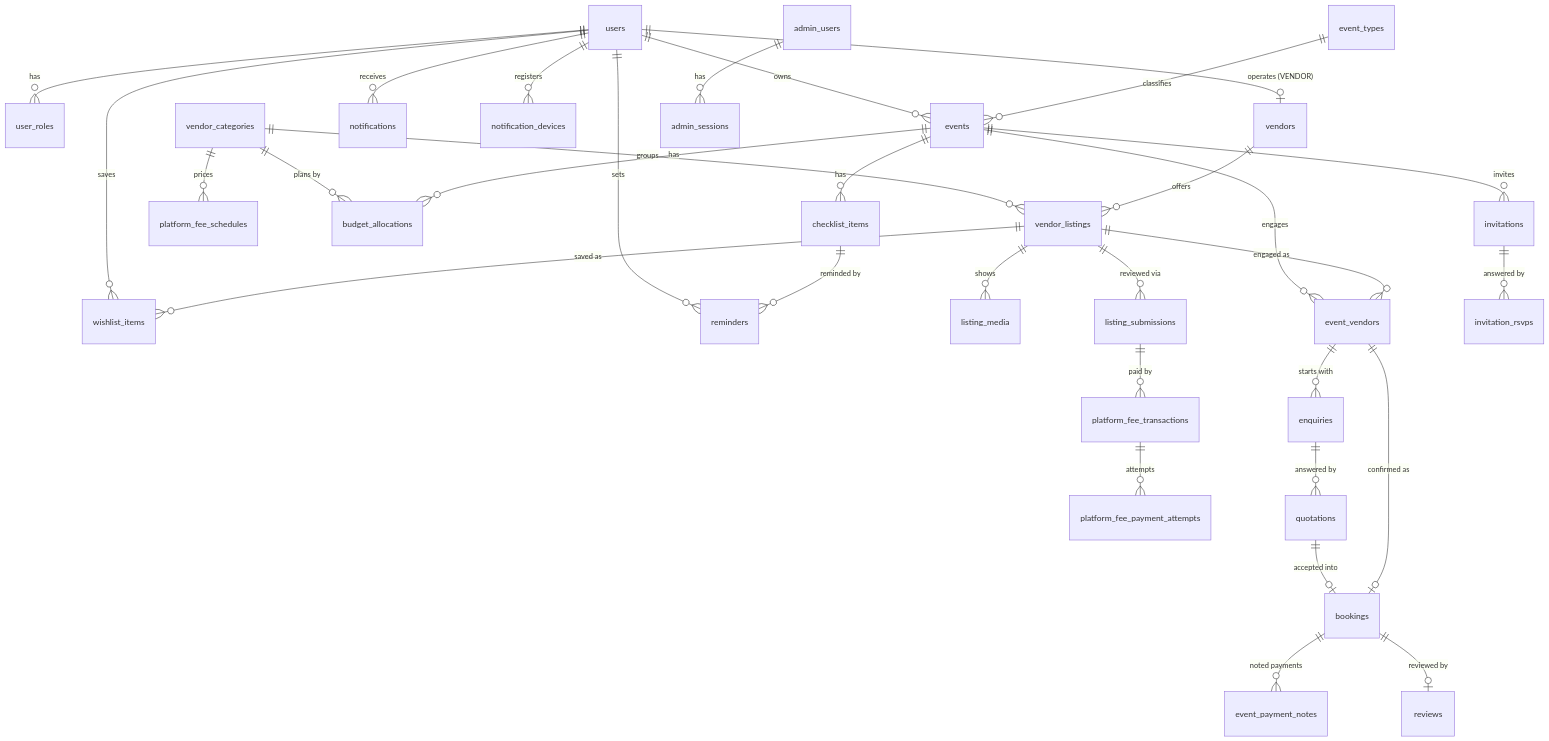
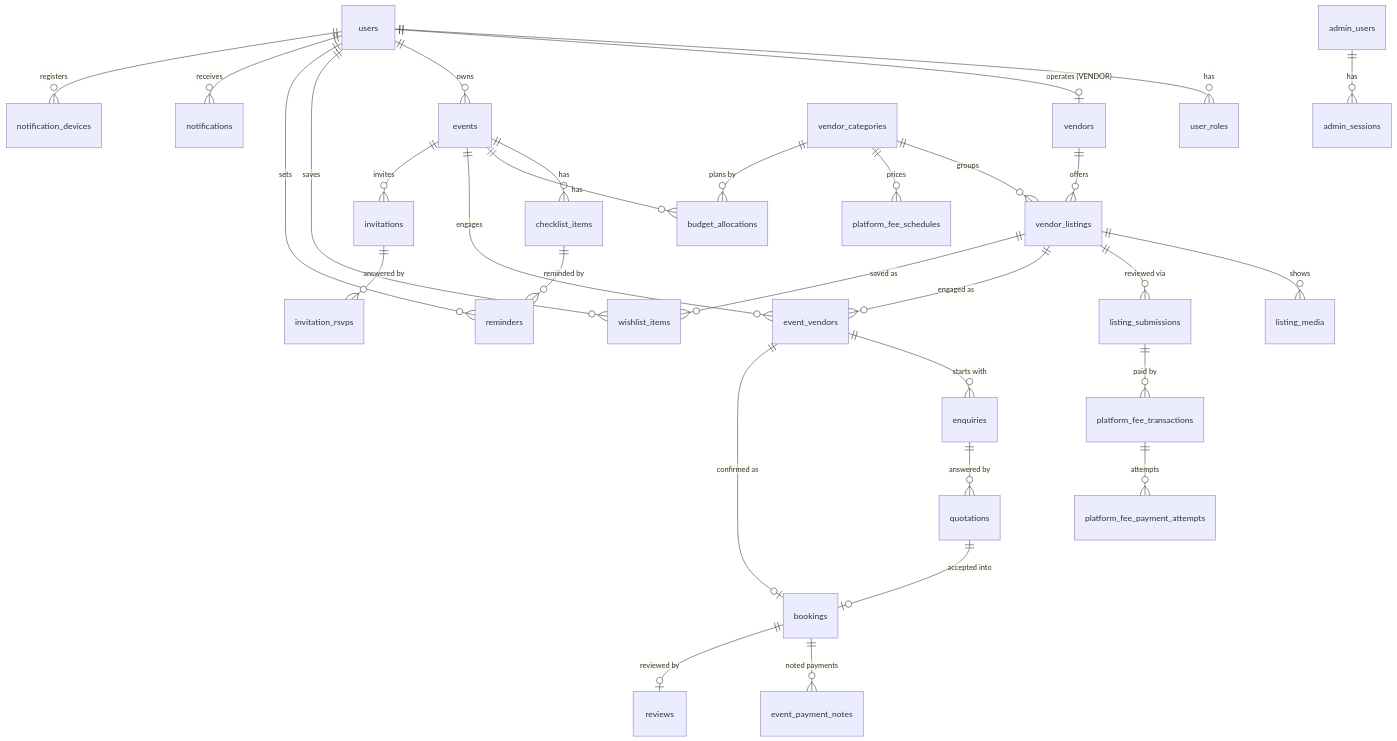
One commit to Anbarasu444/subham-events changed the diagram in .claude/project/domain-model.md. Above: the diagram before and after it, drawn with Mermaid. The commit also changed other lines of this file and 67 other files, not shown here.

````diff
--- a/.claude/project/domain-model.md
+++ b/.claude/project/domain-model.md
@@ -89,34 +88,33 @@
 ```mermaid
 erDiagram
   users ||--o{ user_roles : has
   users ||--o| vendors : "operates (VENDOR)"
   users ||--o{ events : owns
   users ||--o{ wishlist_items : saves
   users ||--o{ reminders : sets
   users ||--o{ notifications : receives
   users ||--o{ notification_devices : registers
-  event_types ||--o{ events : classifies
   vendor_categories ||--o{ vendor_listings : groups
   vendor_categories ||--o{ platform_fee_schedules : prices
   vendor_categories ||--o{ budget_allocations : "plans by"
   vendors ||--o{ vendor_listings : offers
   vendor_listings ||--o{ listing_media : shows
   vendor_listings ||--o{ listing_submissions : "reviewed via"
   listing_submissions ||--o{ platform_fee_transactions : "paid by"
   platform_fee_transactions ||--o{ platform_fee_payment_attempts : attempts
   events ||--o{ checklist_items : has
   events ||--o{ budget_allocations : has
   events ||--o{ event_vendors : engages
   vendor_listings ||--o{ event_vendors : "engaged as"
   event_vendors ||--o{ enquiries : "starts with"
   enquiries ||--o{ quotations : "answered by"
   quotations ||--o| bookings : "accepted into"
   event_vendors ||--o| bookings : "confirmed as"
   bookings ||--o{ event_payment_notes : "noted payments"
   bookings ||--o| reviews : "reviewed by"
   checklist_items ||--o{ reminders : "reminded by"
   events ||--o{ invitations : invites
   invitations ||--o{ invitation_rsvps : "answered by"
   vendor_listings ||--o{ wishlist_items : "saved as"
   admin_users ||--o{ admin_sessions : has
 ```
````
